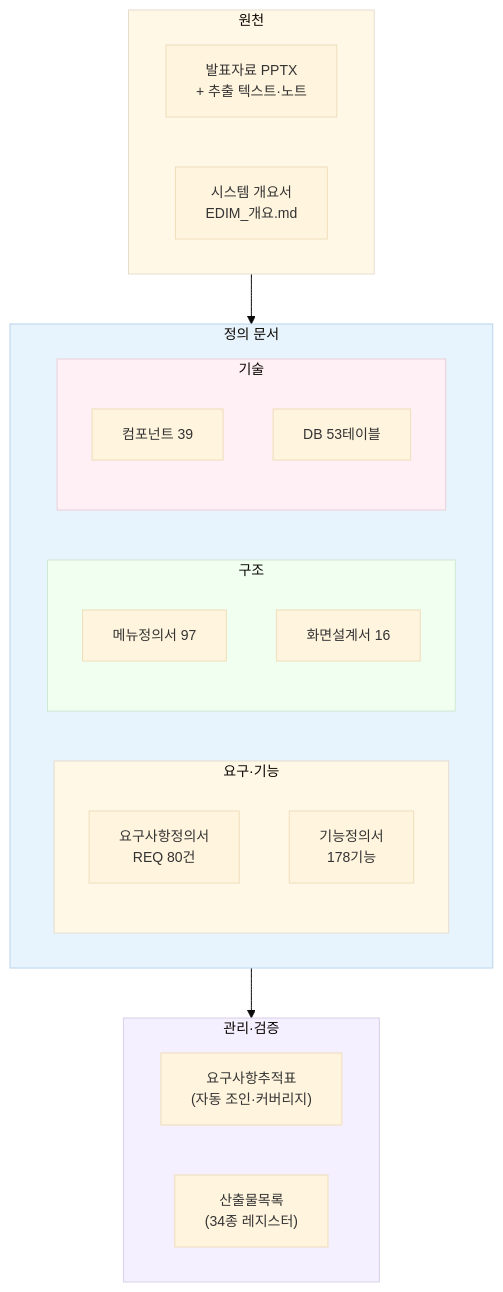
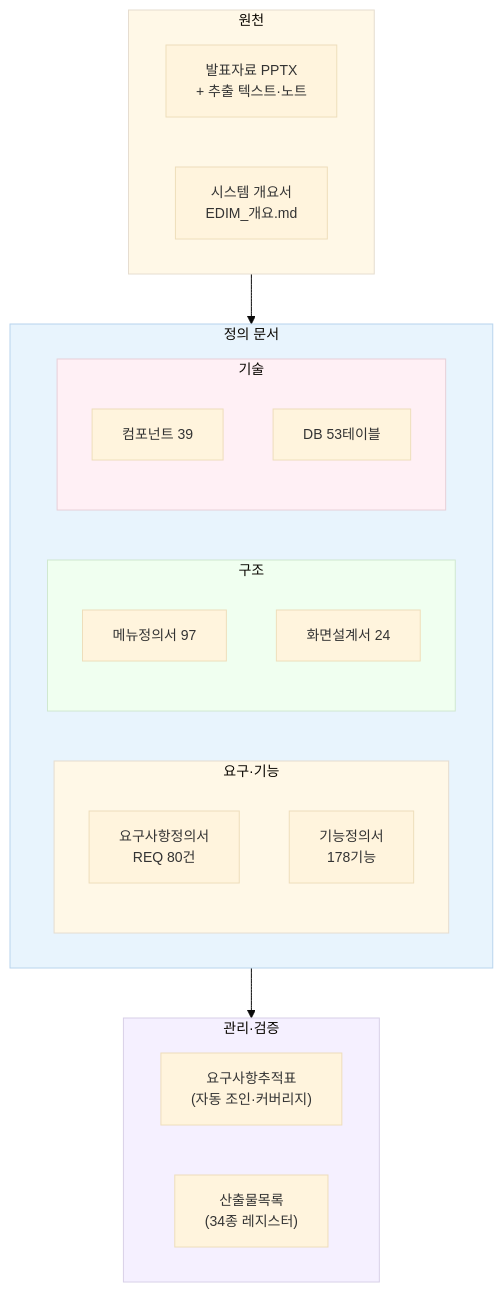
Before and after one commit to fankh/external-projects: the diagram in edim-ai-blueprint/docs/README.md, drawn with Mermaid. The commit also changed other lines of this file and 8 other files, not shown here.

````diff
--- a/edim-ai-blueprint/docs/README.md
+++ b/edim-ai-blueprint/docs/README.md
@@ -19,44 +19,44 @@
 ```mermaid
 %%{init: {'theme': 'base', 'themeVariables': { 'fontSize': '14px' }, 'flowchart': { 'useMaxWidth': true }}}%%
 flowchart TB
     subgraph SRC["원천"]
         direction LR
         PPT["발표자료 PPTX<br/>+ 추출 텍스트·노트"]
         OV["시스템 개요서<br/>EDIM_개요.md"]
     end
 
     subgraph DEF["정의 문서"]
         direction LR
         subgraph DEF1["요구·기능"]
             direction TB
             REQ["요구사항정의서<br/>REQ 80건"]
             FEAT["기능정의서<br/>178기능"]
         end
         subgraph DEF2["구조"]
             direction TB
             MENU["메뉴정의서 97"]
-            SCR["화면설계서 16"]
+            SCR["화면설계서 24"]
         end
         subgraph DEF3["기술"]
             direction TB
             COMP["컴포넌트 39"]
             DB["DB 53테이블"]
         end
     end
 
     subgraph CTRL["관리·검증"]
         direction LR
         RTM["요구사항추적표<br/>(자동 조인·커버리지)"]
         REG["산출물목록<br/>(34종 레지스터)"]
     end
 
     SRC --> DEF
     DEF --> CTRL
 
     style SRC fill:#FFF8E7,stroke:#E6DDD0,stroke-width:1px
     style DEF fill:#E8F4FD,stroke:#B8D4ED,stroke-width:1px
     style DEF1 fill:#FFF8E7,stroke:#E6DDD0,stroke-width:1px
     style DEF2 fill:#F0FFF0,stroke:#D0E8D0,stroke-width:1px
     style DEF3 fill:#FFF0F5,stroke:#E8D0D8,stroke-width:1px
     style CTRL fill:#F5F0FF,stroke:#D8D0E8,stroke-width:1px
 ```
````
